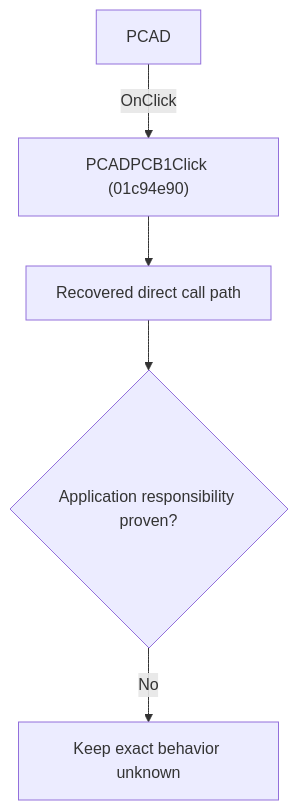
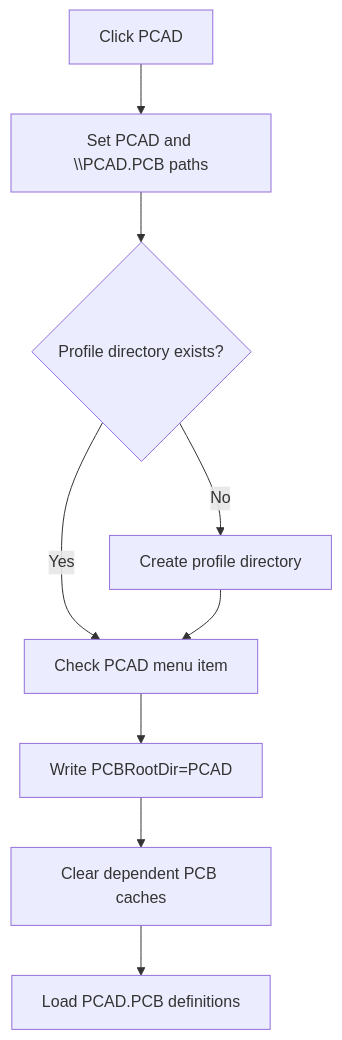
One commit to MovGP0/TIARA changed the diagram in docs/ui-controls/schematiceditor/pcadpcb1-3a7e211a8a.md. Above: the diagram before and after it, drawn with Mermaid. The commit also changed other lines of this file and 241 other files, not shown here.

````diff
--- a/docs/ui-controls/schematiceditor/pcadpcb1-3a7e211a8a.md
+++ b/docs/ui-controls/schematiceditor/pcadpcb1-3a7e211a8a.md
@@ -27,7 +27,11 @@
 ```mermaid
 flowchart TD
-    control["PCAD"] -->|"OnClick"| handler["PCADPCB1Click (01c94e90)"]
-    handler --> recovered["Recovered direct call path"]
-    recovered --> gap{"Application responsibility proven?"}
-    gap -->|"No"| blocked["Keep exact behavior unknown"]
+    control["Click PCAD"] --> profile["Set PCAD and \\PCAD.PCB paths"]
+    profile --> exists{"Profile directory exists?"}
+    exists -->|"No"| create["Create profile directory"]
+    exists -->|"Yes"| check["Check PCAD menu item"]
+    create --> check
+    check --> persist["Write PCBRootDir=PCAD"]
+    persist --> reset["Clear dependent PCB caches"]
+    reset --> load["Load PCAD.PCB definitions"]
 ```
````
